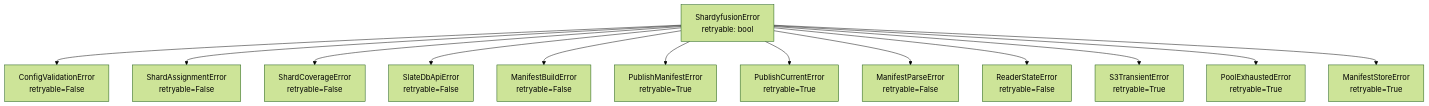
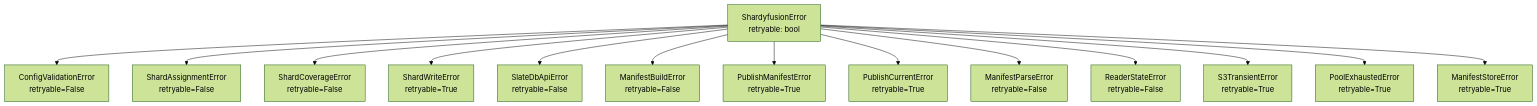
The diagram in docs/error-handling.md (elkin/shardyfusion), drawn with Mermaid (forest theme) before and after one commit. The commit also changed other lines of this file and 5 other files, not shown here.

First line of the commit message:
docs: document ShardWriteError, shard retry, and retry metric events

````diff
--- a/docs/error-handling.md
+++ b/docs/error-handling.md
@@ -7,17 +7,18 @@
 ```mermaid
 graph TD
     SE[ShardyfusionError<br/>retryable: bool]
 
     SE --> CVE[ConfigValidationError<br/>retryable=False]
     SE --> SAE[ShardAssignmentError<br/>retryable=False]
     SE --> SCE[ShardCoverageError<br/>retryable=False]
+    SE --> SWE[ShardWriteError<br/>retryable=True]
     SE --> SDAE[SlateDbApiError<br/>retryable=False]
     SE --> MBE[ManifestBuildError<br/>retryable=False]
     SE --> PME[PublishManifestError<br/>retryable=True]
     SE --> PCE[PublishCurrentError<br/>retryable=True]
     SE --> MPE[ManifestParseError<br/>retryable=False]
     SE --> RSE[ReaderStateError<br/>retryable=False]
     SE --> STE[S3TransientError<br/>retryable=True]
     SE --> PEE[PoolExhaustedError<br/>retryable=True]
     SE --> MSTE[ManifestStoreError<br/>retryable=True]
 ```
````
